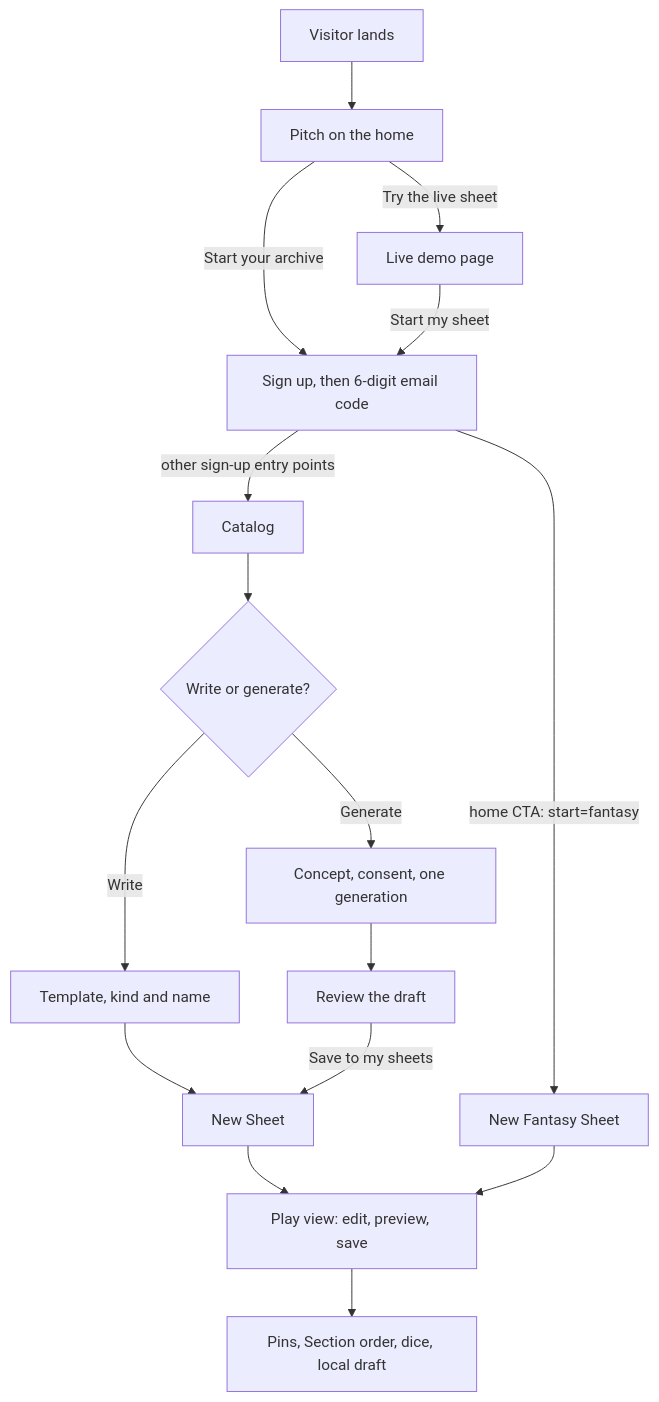
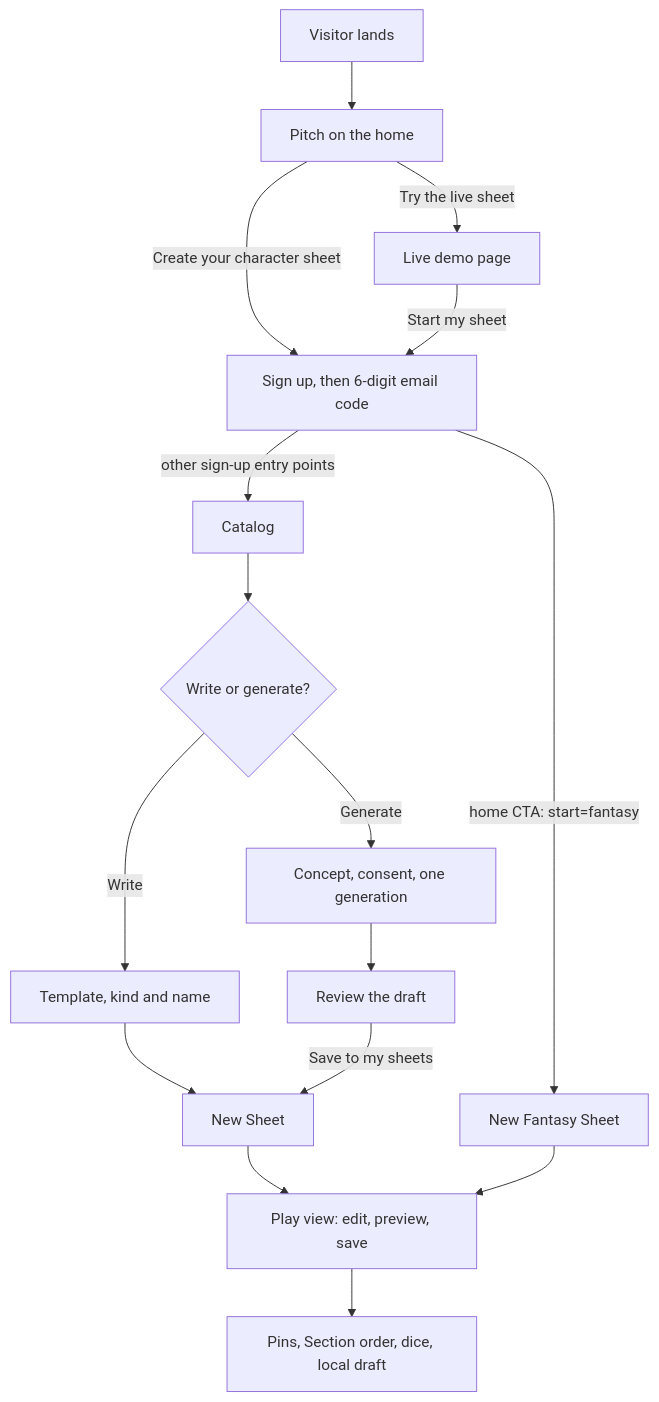
The first of 2 diagrams in context/product.md (paulo-valleriote/legnaris), drawn with Mermaid before and after one commit. The commit also changed other lines of this file and 26 other files, not shown here.

First line of the commit message:
Lead the home with the live sheet and tighten the sign-up funnel

````diff
--- a/context/product.md
+++ b/context/product.md
@@ -47,18 +47,18 @@
 ```mermaid
 flowchart TD
   A[Visitor lands] --> B[Pitch on the home]
   B -->|Try the live sheet| L[Live demo page]
-  B -->|Start your archive| C[Sign up, then 6-digit email code]
+  B -->|Create your character sheet| C[Sign up, then 6-digit email code]
   L -->|Start my sheet| C
   C -->|home CTA: start=fantasy| N[New Fantasy Sheet]
   C -->|other sign-up entry points| D[Catalog]
   D --> E{Write or generate?}
   E -->|Write| F[Template, kind and name]
   E -->|Generate| G[Concept, consent, one generation]
   G --> H[Review the draft]
   F --> I[New Sheet]
   H -->|Save to my sheets| I
   I --> J[Play view: edit, preview, save]
   N --> J
   J --> K[Pins, Section order, dice, local draft]
 ```
````
